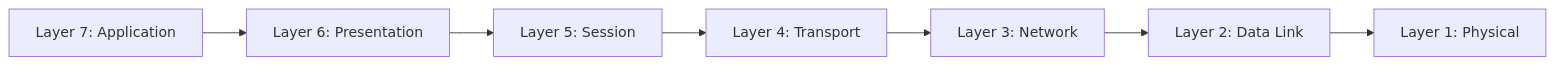
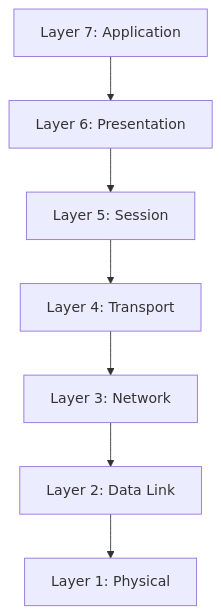
One commit to aswath0001/Internet-Networking changed the diagram in OSI Model.md. Above: the diagram before and after it, drawn with Mermaid.

````diff
--- a/OSI Model.md
+++ b/OSI Model.md
@@ -11,9 +11,9 @@
 ```mermaid
-graph LR
+graph TD
     L7["Layer 7: Application"] --> L6["Layer 6: Presentation"]
     L6 --> L5["Layer 5: Session"]
     L5 --> L4["Layer 4: Transport"]
     L4 --> L3["Layer 3: Network"]
     L3 --> L2["Layer 2: Data Link"]
     L2 --> L1["Layer 1: Physical"]
 ```  
````
